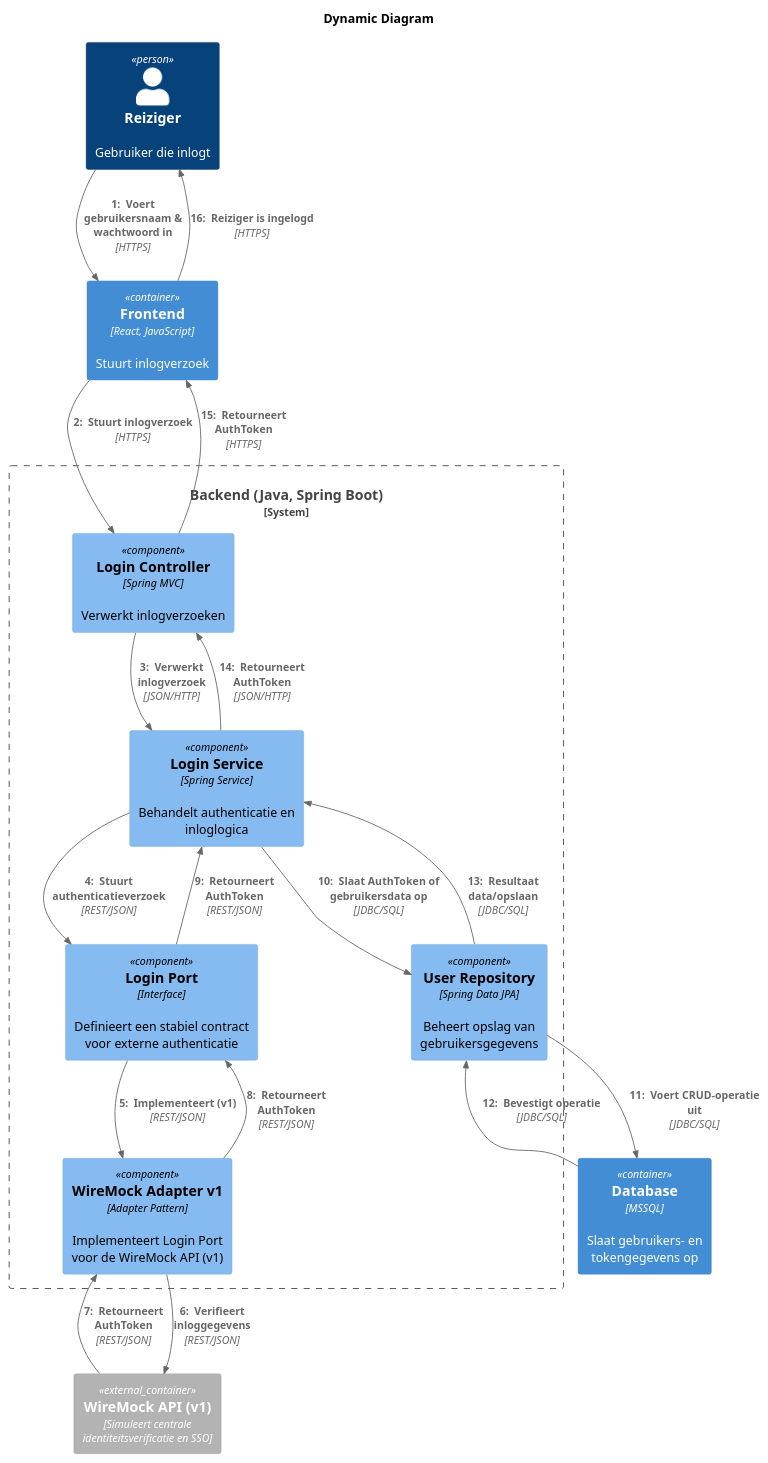
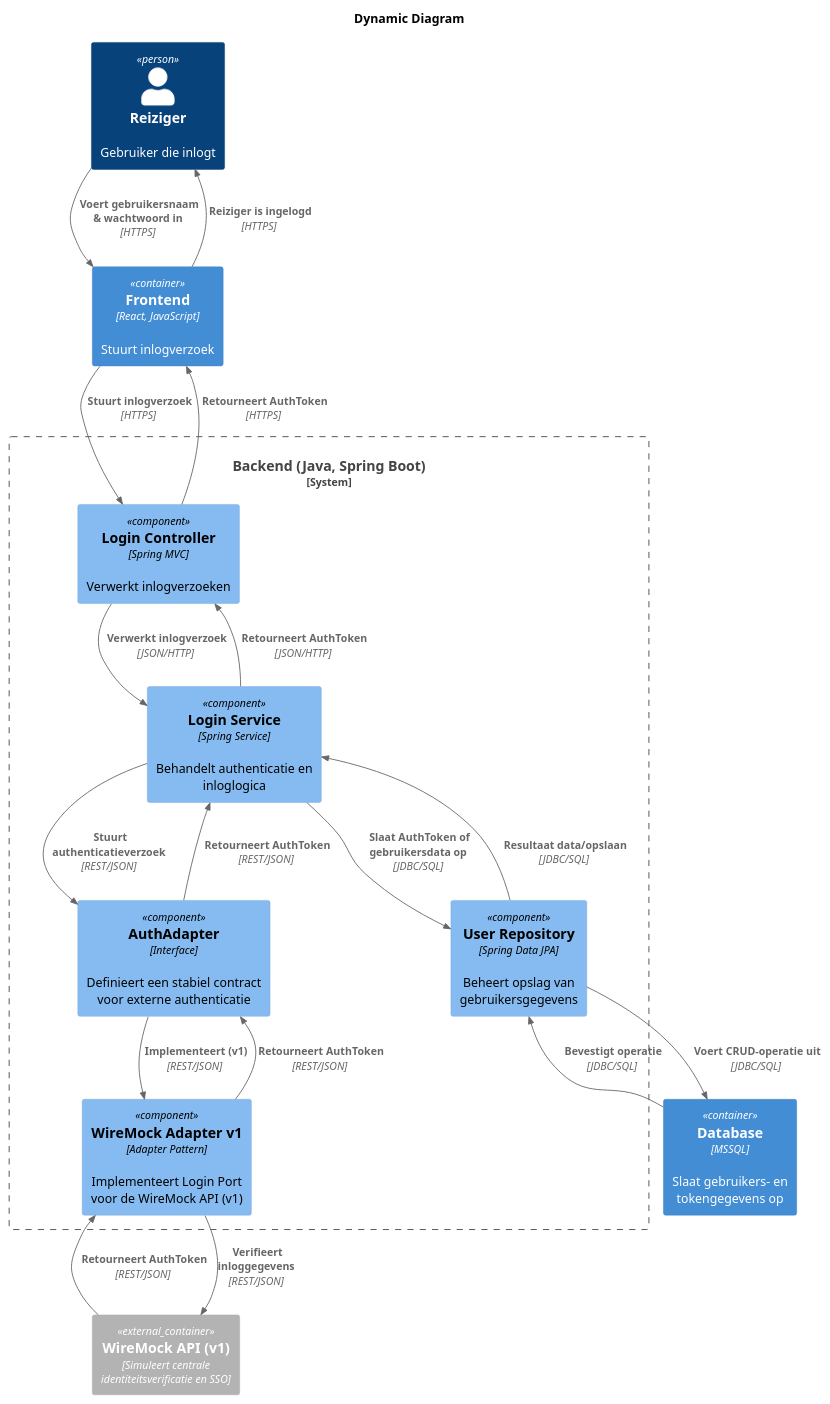
Before and after one commit to AIM-ENE-feb25/triptop-asas: the diagram in software-guidebook/component-code/ahmed/dynamic.puml, drawn with PlantUML. The commit also changed 6 other files, not shown here.

Commit message:
update diagrams

```diff
--- a/software-guidebook/component-code/ahmed/dynamic.puml
+++ b/software-guidebook/component-code/ahmed/dynamic.puml
@@ -1,40 +1,40 @@
 @startuml
-!include https://raw.githubusercontent.com/plantuml-stdlib/C4-PlantUML/master/C4_Dynamic.puml
+!include https://raw.githubusercontent.com/plantuml-stdlib/C4-PlantUML/master/C4_Component.puml
 title Dynamic Diagram
 
 Person(reiziger, "Reiziger", "Gebruiker die inlogt")
 Container(frontend, "Frontend", "React, JavaScript", "Stuurt inlogverzoek")
 
 System_Boundary(backendSystem, "Backend (Java, Spring Boot)") {
 
   Component(loginController, "Login Controller", "Spring MVC", "Verwerkt inlogverzoeken")
   Component(loginService, "Login Service", "Spring Service", "Behandelt authenticatie en inloglogica")
-  Component(loginPort, "Login Port", "Interface", "Definieert een stabiel contract voor externe authenticatie")
+  Component(loginPort, "AuthAdapter", "Interface", "Definieert een stabiel contract voor externe authenticatie")
   Component(userRepository, "User Repository", "Spring Data JPA", "Beheert opslag van gebruikersgegevens")
   Component(wireMockAdapterV1, "WireMock Adapter v1", "Adapter Pattern", "Implementeert Login Port voor de WireMock API (v1)")
 
 }
 Container(database, "Database", "MSSQL", "Slaat gebruikers- en tokengegevens op")
 
 Container_Ext(identityProvider, "WireMock API (v1)", "Simuleert centrale identiteitsverificatie en SSO")
 
 Rel_D(reiziger, frontend, " Voert gebruikersnaam & wachtwoord in", "HTTPS")
 Rel_D(frontend, loginController, " Stuurt inlogverzoek", "HTTPS")
 Rel_D(loginController, loginService, " Verwerkt inlogverzoek", "JSON/HTTP")
 Rel_D(loginService, loginPort, " Stuurt authenticatieverzoek", "REST/JSON")
 Rel_D(loginPort, wireMockAdapterV1, " Implementeert (v1)", "REST/JSON")
 Rel_D(wireMockAdapterV1, identityProvider, " Verifieert inloggegevens", "REST/JSON")
 
 Rel_D(identityProvider, wireMockAdapterV1, " Retourneert AuthToken", "REST/JSON")
 Rel_D(wireMockAdapterV1, loginPort, " Retourneert AuthToken", "REST/JSON")
 Rel_D(loginPort, loginService, " Retourneert AuthToken", "REST/JSON")
 
 Rel_D(loginService, userRepository, " Slaat AuthToken of gebruikersdata op", "JDBC/SQL")
 Rel_D(userRepository, database, " Voert CRUD-operatie uit", "JDBC/SQL")
 Rel_D(database, userRepository, " Bevestigt operatie", "JDBC/SQL")
 Rel_D(userRepository, loginService, " Resultaat data/opslaan", "JDBC/SQL")
 
 Rel_D(loginService, loginController, " Retourneert AuthToken", "JSON/HTTP")
 Rel_D(loginController, frontend, " Retourneert AuthToken", "HTTPS")
 Rel_D(frontend, reiziger, " Reiziger is ingelogd", "HTTPS")
 @enduml
```
